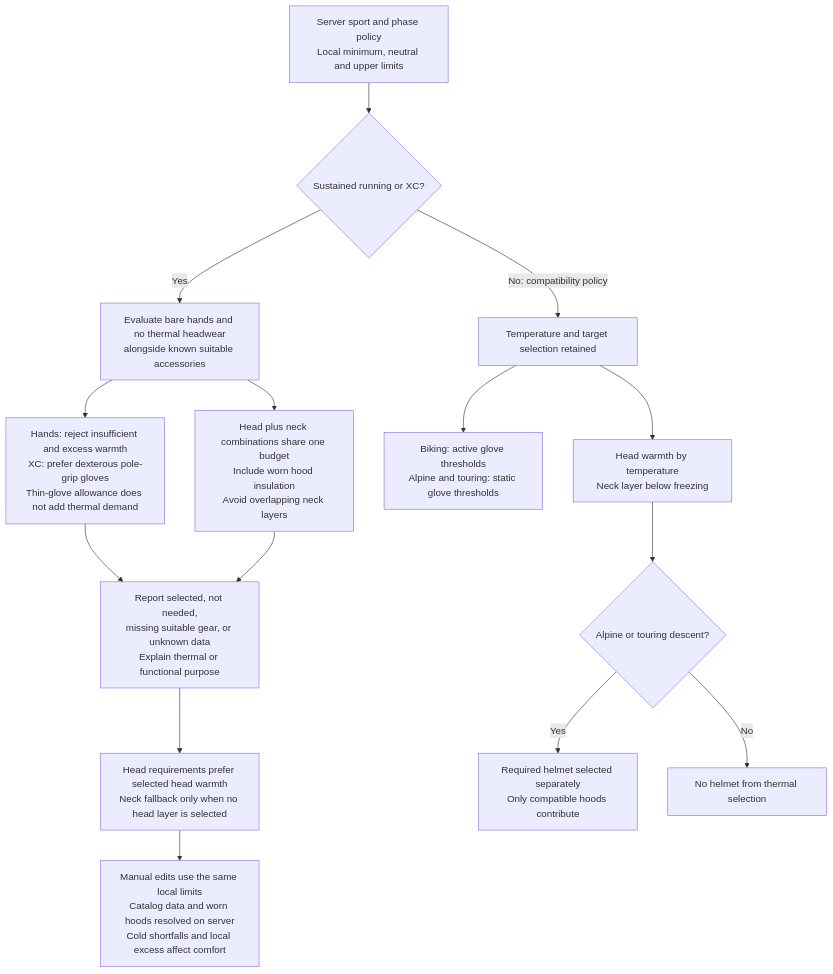
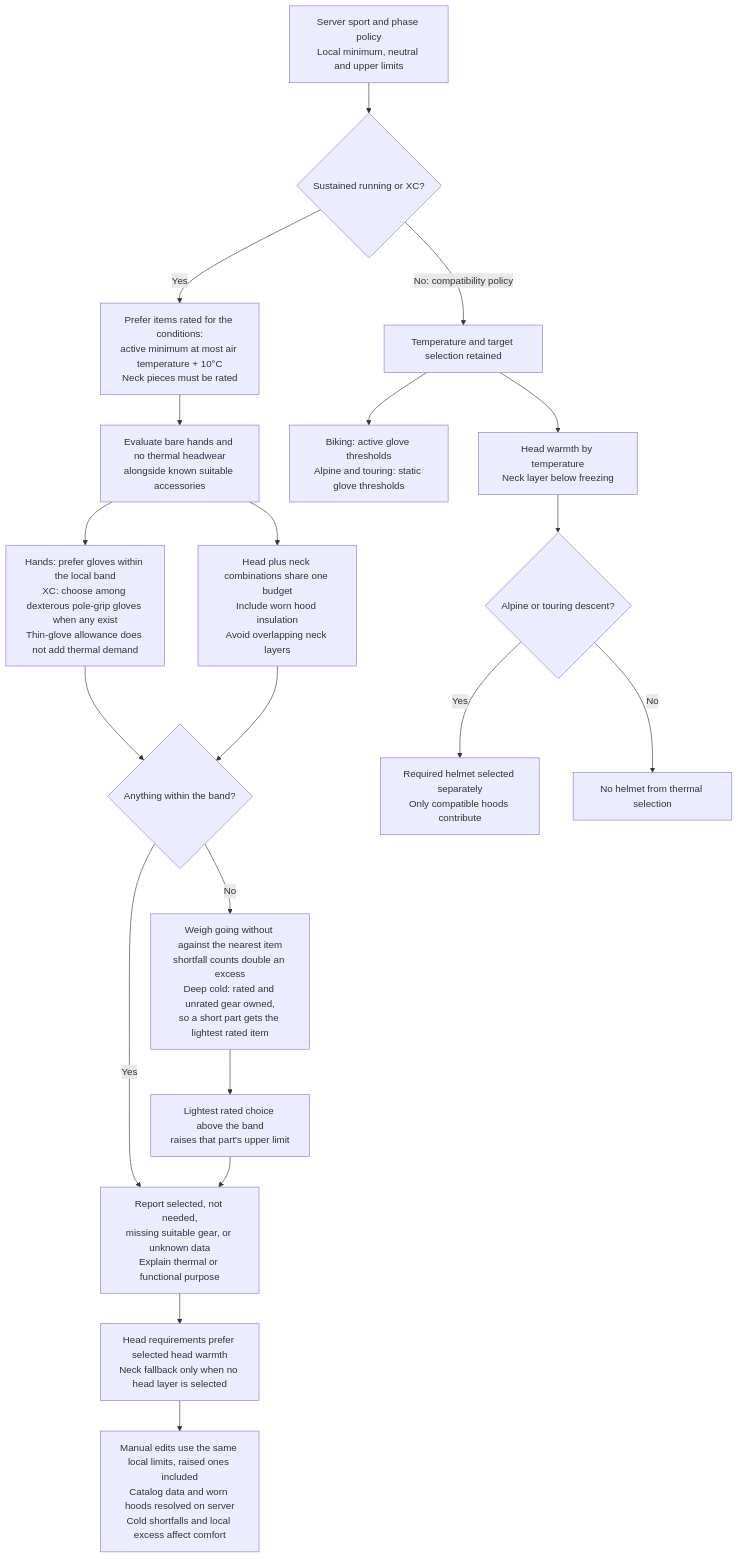
One commit to derobertsw/swttr changed the sixth of 7 diagrams in README.md. Above: the diagram before and after it, drawn with Mermaid. The commit also changed other lines of this file and 6 other files, not shown here.

First line of the commit message:
Wear rated gloves and hats in deep cold instead of going without (#246) (#347)

````diff
--- a/README.md
+++ b/README.md
@@ -265,17 +265,22 @@
 ```mermaid
 graph TD
     EXT[Server sport and phase policy<br/>Local minimum, neutral and upper limits] --> MODE{Sustained running or XC?}
-    MODE -->|Yes| BARE[Evaluate bare hands and no thermal headwear<br/>alongside known suitable accessories]
-    BARE --> HAND[Hands: reject insufficient and excess warmth<br/>XC: prefer dexterous pole-grip gloves<br/>Thin-glove allowance does not add thermal demand]
+    MODE -->|Yes| RATED[Prefer items rated for the conditions:<br/>active minimum at most air temperature + 10°C<br/>Neck pieces must be rated]
+    RATED --> BARE[Evaluate bare hands and no thermal headwear<br/>alongside known suitable accessories]
+    BARE --> HAND[Hands: prefer gloves within the local band<br/>XC: choose among dexterous pole-grip gloves when any exist<br/>Thin-glove allowance does not add thermal demand]
     BARE --> HEAD[Head plus neck combinations share one budget<br/>Include worn hood insulation<br/>Avoid overlapping neck layers]
-    HAND --> STATE[Report selected, not needed,<br/>missing suitable gear, or unknown data<br/>Explain thermal or functional purpose]
-    HEAD --> STATE
+    HAND --> FIT{Anything within the band?}
+    HEAD --> FIT
+    FIT -->|No| NEAREST[Weigh going without against the nearest item<br/>shortfall counts double an excess<br/>Deep cold: rated and unrated gear owned,<br/>so a short part gets the lightest rated item]
+    NEAREST --> LIMIT[Lightest rated choice above the band<br/>raises that part's upper limit]
+    FIT -->|Yes| STATE
+    LIMIT --> STATE[Report selected, not needed,<br/>missing suitable gear, or unknown data<br/>Explain thermal or functional purpose]
     STATE --> MATCH[Head requirements prefer selected head warmth<br/>Neck fallback only when no head layer is selected]
-    MATCH --> EDIT[Manual edits use the same local limits<br/>Catalog data and worn hoods resolved on server<br/>Cold shortfalls and local excess affect comfort]
+    MATCH --> EDIT[Manual edits use the same local limits, raised ones included<br/>Catalog data and worn hoods resolved on server<br/>Cold shortfalls and local excess affect comfort]
     MODE -->|No: compatibility policy| LEGACY[Temperature and target selection retained]
     LEGACY --> LHAND[Biking: active glove thresholds<br/>Alpine and touring: static glove thresholds]
     LEGACY --> LHEAD[Head warmth by temperature<br/>Neck layer below freezing]
     LHEAD --> HELMET{Alpine or touring descent?}
     HELMET -->|Yes| REQUIRED[Required helmet selected separately<br/>Only compatible hoods contribute]
     HELMET -->|No| NOHELMET[No helmet from thermal selection]
 ```
````
